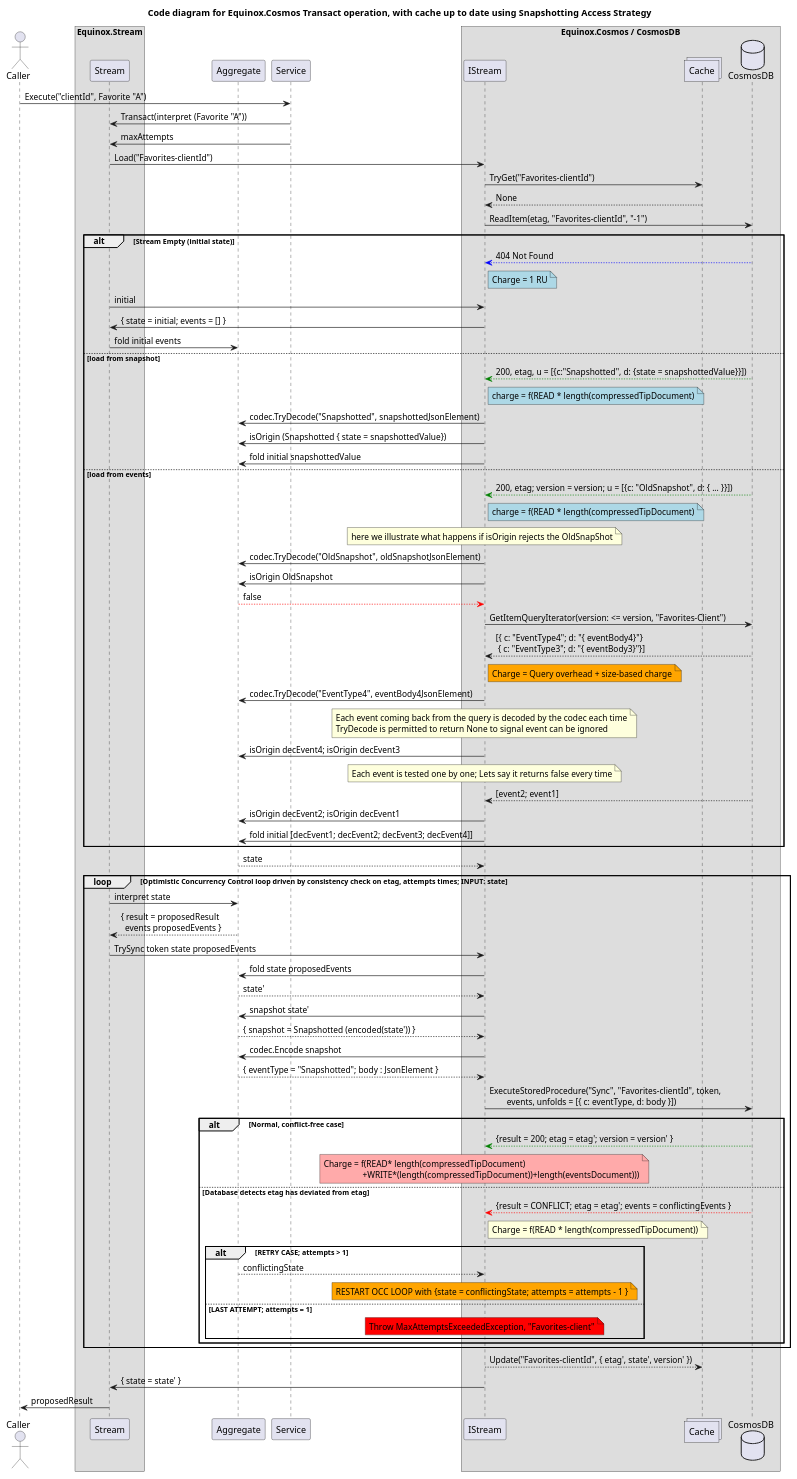
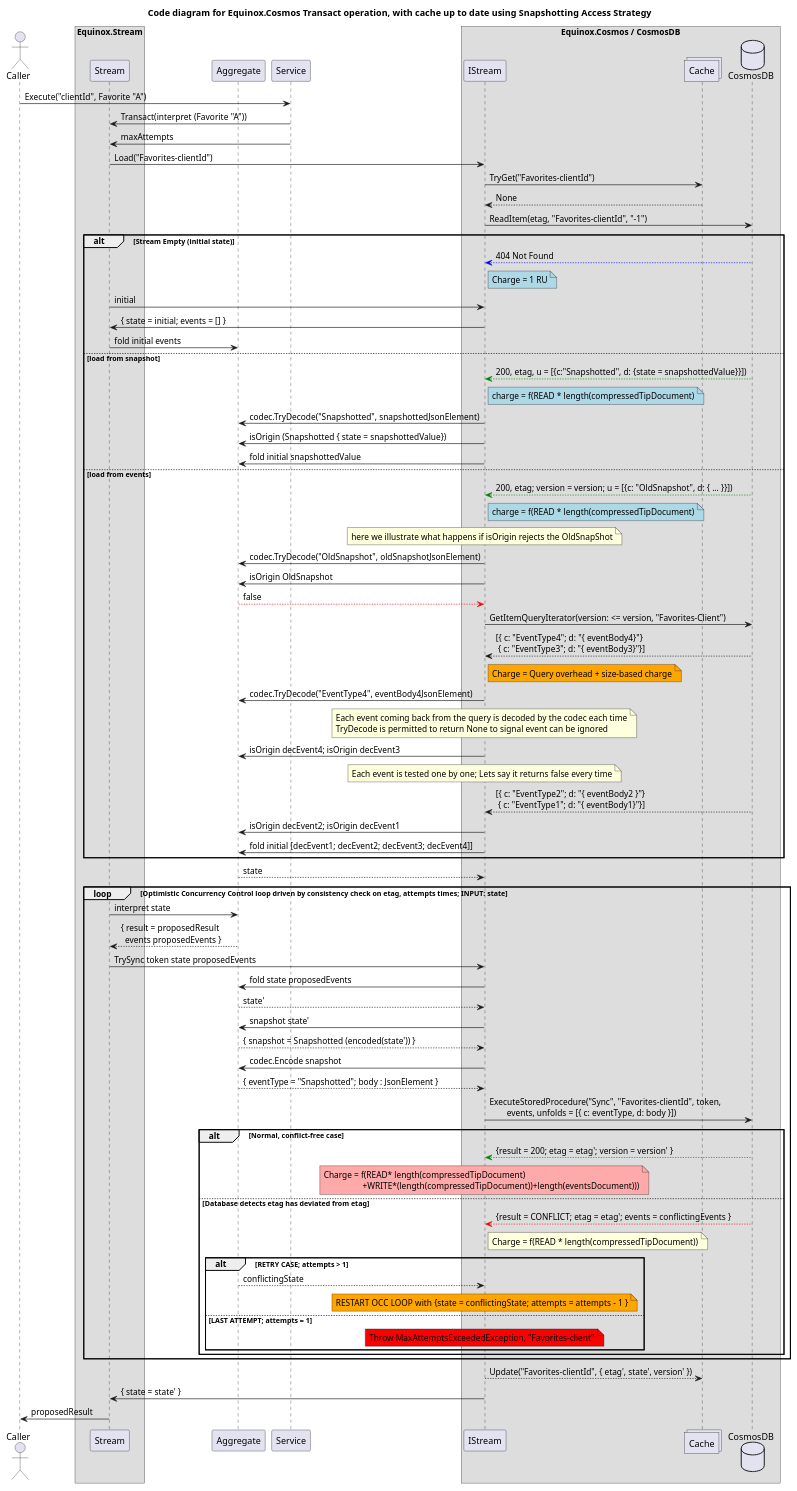
One commit to jet/equinox changed the second of 4 diagrams in diagrams/CosmosCode.puml. Above: the diagram before and after it, drawn with PlantUML.

Commit message:
Fix cosmos code

```diff
--- a/diagrams/CosmosCode.puml
+++ b/diagrams/CosmosCode.puml
@@ -32,84 +32,84 @@
 @startuml
 title Code diagram for Equinox.Cosmos Transact operation, with cache up to date using Snapshotting Access Strategy
 
 actor Caller order 20
 box "Equinox.Stream"
     participant Stream order 40
 end box
 participant Aggregate order 50
 participant Service order 60
 box "Equinox.Cosmos / CosmosDB"
   participant IStream order 80
   collections Cache order 90
   database CosmosDB order 100
 end box
 
 Caller -> Service: Execute("clientId", Favorite "A")
 Service -> Stream: Transact(interpret (Favorite "A"))
 Service -> Stream: maxAttempts
 Stream -> IStream: Load("Favorites-clientId")
 IStream -> Cache: TryGet("Favorites-clientId")
 Cache --> IStream: None
 IStream -> CosmosDB: ReadItem(etag, "Favorites-clientId", "-1")
 
 alt Stream Empty (initial state)
 CosmosDB -[#blue]-> IStream: 404 Not Found
 note right IStream #lightblue: Charge = 1 RU
 Stream -> IStream: initial
 IStream -> Stream: { state = initial; events = [] }
 Stream -> Aggregate: fold initial events
 else load from snapshot
 CosmosDB -[#green]-> IStream: 200, etag, u = [{c:"Snapshotted", d: {state = snapshottedValue}}])
 note right IStream #lightblue: charge = f(READ * length(compressedTipDocument)
 IStream -> Aggregate: codec.TryDecode("Snapshotted", snapshottedJsonElement)
 IStream -> Aggregate: isOrigin (Snapshotted { state = snapshottedValue})
 IStream -> Aggregate: fold initial snapshottedValue
 else load from events
 CosmosDB -[#green]-> IStream: 200, etag; version = version; u = [{c: "OldSnapshot", d: { ... }}])
 note right IStream #lightblue: charge = f(READ * length(compressedTipDocument)
 note over IStream: here we illustrate what happens if isOrigin rejects the OldSnapShot
 IStream -> Aggregate: codec.TryDecode("OldSnapshot", oldSnapshotJsonElement)
 IStream -> Aggregate: isOrigin OldSnapshot
 Aggregate --[#red]> IStream: false
 IStream -> CosmosDB: GetItemQueryIterator(version: <= version, "Favorites-Client")
 CosmosDB --> IStream: [{ c: "EventType4"; d: "{ eventBody4}"}\n { c: "EventType3"; d: "{ eventBody3}"}]
 note right IStream #orange: Charge = Query overhead + size-based charge
 IStream -> Aggregate: codec.TryDecode("EventType4", eventBody4JsonElement)
 note over IStream: Each event coming back from the query is decoded by the codec each time\nTryDecode is permitted to return None to signal event can be ignored
 IStream -> Aggregate: isOrigin decEvent4; isOrigin decEvent3
 note over IStream: Each event is tested one by one; Lets say it returns false every time
-CosmosDB --> IStream: [event2; event1] 
+CosmosDB --> IStream: [{ c: "EventType2"; d: "{ eventBody2 }"}\n { c: "EventType1"; d: "{ eventBody1}"}]
 IStream -> Aggregate: isOrigin decEvent2; isOrigin decEvent1
 IStream -> Aggregate: fold initial [decEvent1; decEvent2; decEvent3; decEvent4]]
 end // initial stream load cases
 Aggregate --> IStream: state
 
 loop Optimistic Concurrency Control loop driven by consistency check on etag, attempts times; INPUT: state
 Stream -> Aggregate: interpret state
 Aggregate --> Stream: { result = proposedResult\n  events proposedEvents }
 Stream -> IStream: TrySync token state proposedEvents
 IStream -> Aggregate: fold state proposedEvents
 Aggregate --> IStream: state'
 IStream -> Aggregate: snapshot state'
 Aggregate --> IStream: { snapshot = Snapshotted (encoded(state')) }
 IStream -> Aggregate: codec.Encode snapshot
 Aggregate --> IStream: { eventType = "Snapshotted"; body : JsonElement }
 IStream -> CosmosDB: ExecuteStoredProcedure("Sync", "Favorites-clientId", token,\n        events, unfolds = [{ c: eventType, d: body }])
 alt Normal, conflict-free case
 CosmosDB -[#green]-> IStream: {result = 200; etag = etag'; version = version' }
 note over IStream #FFAAAA: Charge = f(READ* length(compressedTipDocument)\n                  +WRITE*(length(compressedTipDocument))+length(eventsDocument)))
 else Database detects etag has deviated from etag 
 CosmosDB -[#red]-> IStream: {result = CONFLICT; etag = etag'; events = conflictingEvents }
 note right IStream: Charge = f(READ * length(compressedTipDocument))
 alt RETRY CASE; attempts > 1
 Aggregate --> IStream: conflictingState
 note over IStream #orange: RESTART OCC LOOP with {state = conflictingState; attempts = attempts - 1 }
 else LAST ATTEMPT; attempts = 1
 note over IStream #red: Throw MaxAttemptsExceededException, "Favorites-client"
 end // alt throw
 end // alt ok or conflict
 end // loop
 IStream --> Cache: Update("Favorites-clientId", { etag', state', version' })
 IStream -> Stream: { state = state' }
 Stream -> Caller: proposedResult
 @enduml
```
